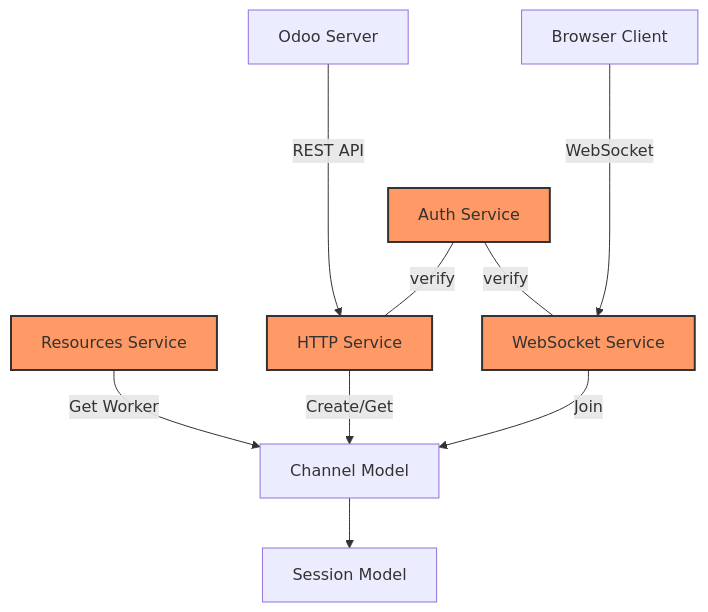
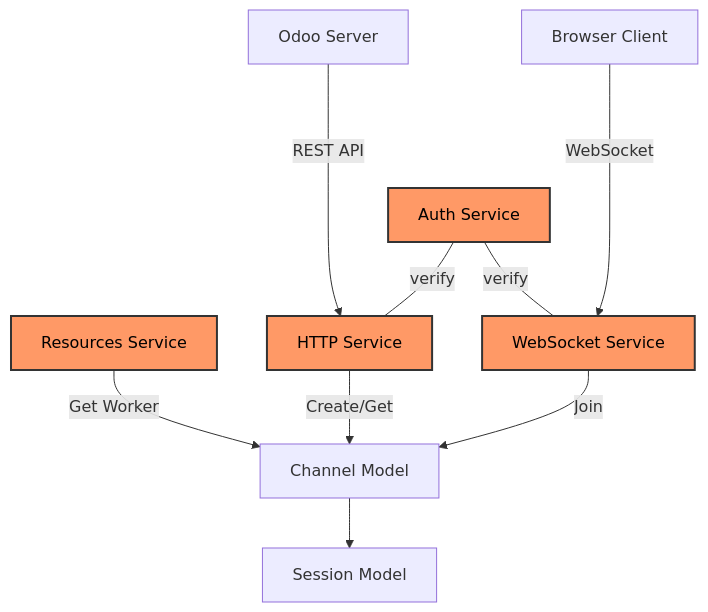
The first of 2 diagrams in src/services/README.md (odoo/sfu), drawn with Mermaid before and after one commit.

Commit message:
[wip] fixup

````diff
--- a/src/services/README.md
+++ b/src/services/README.md
@@ -7,23 +7,23 @@
 ```mermaid
 graph TD
     Client[Browser Client]
     Server[Odoo Server]
     HTTP[HTTP Service]
     WS[WebSocket Service]
     Auth[Auth Service]
     Channel[Channel Model]
     Resources[Resources Service]
     Session[Session Model]
 
     Server ---->|REST API| HTTP
     Auth ---|verify| HTTP
     Auth ---|verify| WS
     Client ---->|WebSocket| WS
     Resources -->|Get Worker| Channel
     HTTP -->|Create/Get| Channel
     WS -->|Join| Channel
     Channel --> Session
 
-    classDef service fill:#f96,stroke:#333,stroke-width:2px;
+    classDef service fill:#f96,stroke:#333,stroke-width:2px,color:#000;
     class HTTP,WS,Auth,Resources service;
 ```
````
